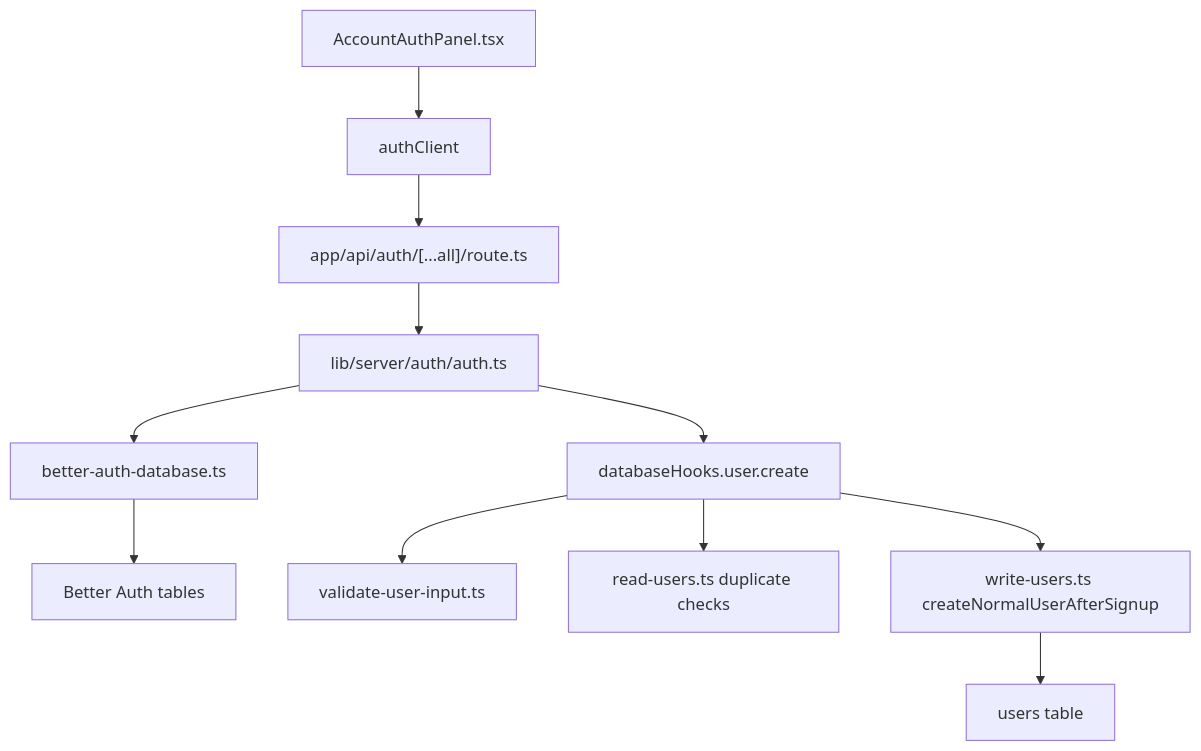
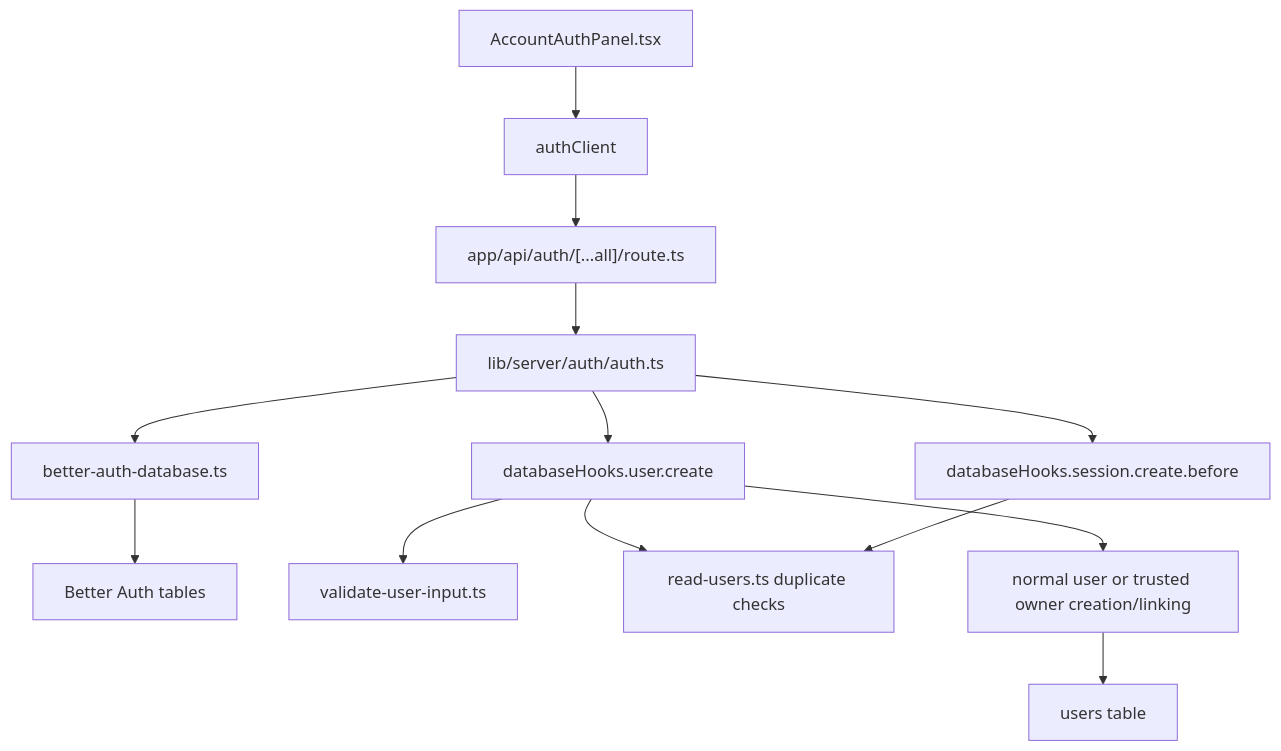
One commit to bucketb0t/Earth_In_Sound changed the ninth of 20 diagrams in PROJECT_LEARNING_FLOW.md. Above: the diagram before and after it, drawn with Mermaid. The commit also changed other lines of this file and 20 other files, not shown here.

Commit message:
Disabled users are actually logged out, navbar uses the real session, the database prevents multiple owners

````diff
--- a/PROJECT_LEARNING_FLOW.md
+++ b/PROJECT_LEARNING_FLOW.md
@@ -1736,15 +1763,17 @@
 ```mermaid
 flowchart TD
   AccountPanel["AccountAuthPanel.tsx"] --> AuthClient["authClient"]
   AuthClient --> AuthRoute["app/api/auth/[...all]/route.ts"]
   AuthRoute --> AuthConfig["lib/server/auth/auth.ts"]
 
   AuthConfig --> BetterAuthDB["better-auth-database.ts"]
   BetterAuthDB --> BetterAuthTables["Better Auth tables"]
 
   AuthConfig --> Hooks["databaseHooks.user.create"]
+  AuthConfig --> SessionHook["databaseHooks.session.create.before"]
   Hooks --> Validation["validate-user-input.ts"]
   Hooks --> ReadUsers["read-users.ts duplicate checks"]
-  Hooks --> WriteUsers["write-users.ts createNormalUserAfterSignup"]
+  Hooks --> WriteUsers["normal user or trusted owner creation/linking"]
+  SessionHook --> ReadUsers
   WriteUsers --> UsersTable["users table"]
 ```
````
